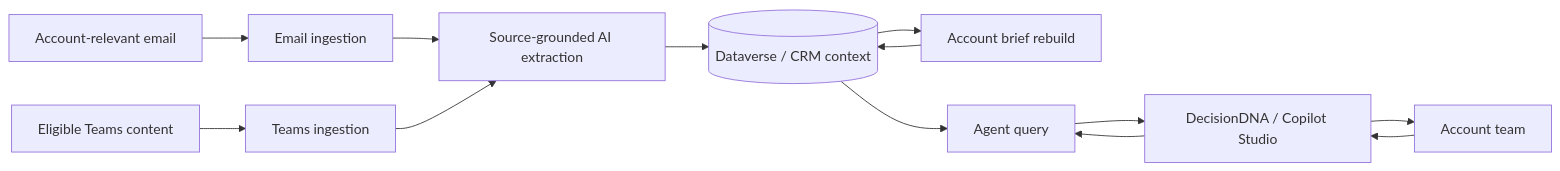
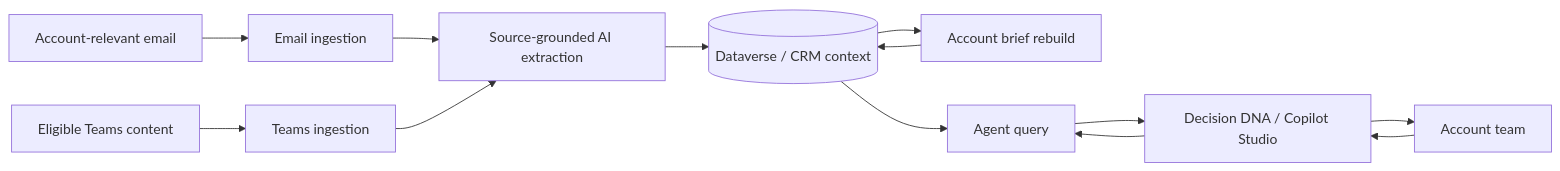
Before and after one commit to AgentGeorgeSamuel/account-context-hub: the diagram in README.md, drawn with Mermaid. The commit also changed other lines of this file and 6 other files, not shown here.

Commit message:
Rename showcase branding to Decision DNA

````diff
--- a/README.md
+++ b/README.md
@@ -37,15 +37,15 @@
 ```mermaid
 flowchart LR
     E[Account-relevant email] --> IE[Email ingestion]
     T[Eligible Teams content] --> IT[Teams ingestion]
     IE --> P[Source-grounded AI extraction]
     IT --> P
     P --> D[(Dataverse / CRM context)]
     D --> B[Account brief rebuild]
     B --> D
-    U[Account team] --> C[DecisionDNA / Copilot Studio]
+    U[Account team] --> C[Decision DNA / Copilot Studio]
     C --> Q[Agent query]
     D --> Q
     Q --> C
     C --> U
 ```
````
